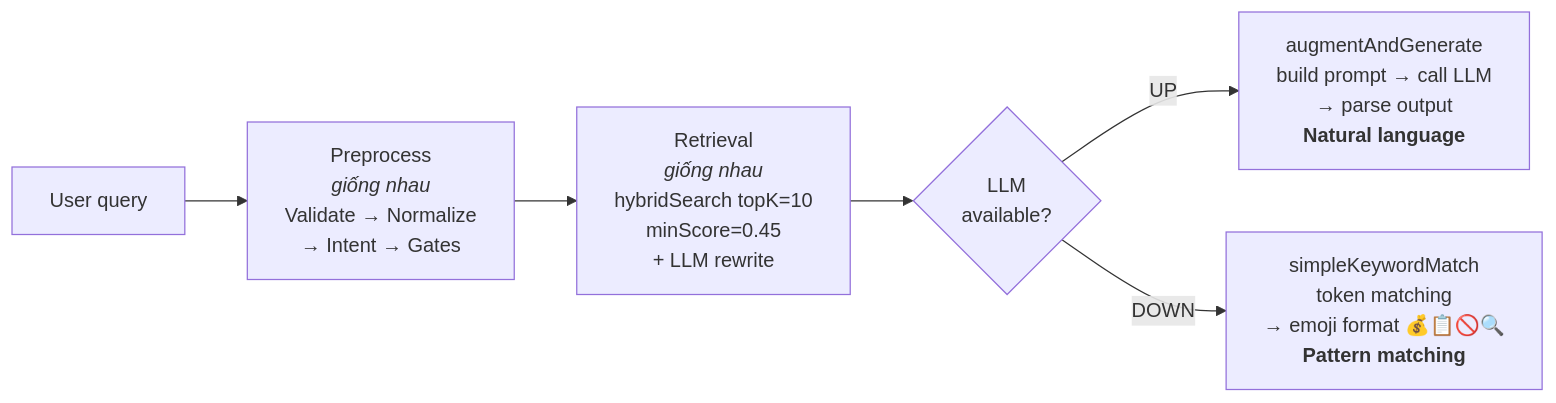
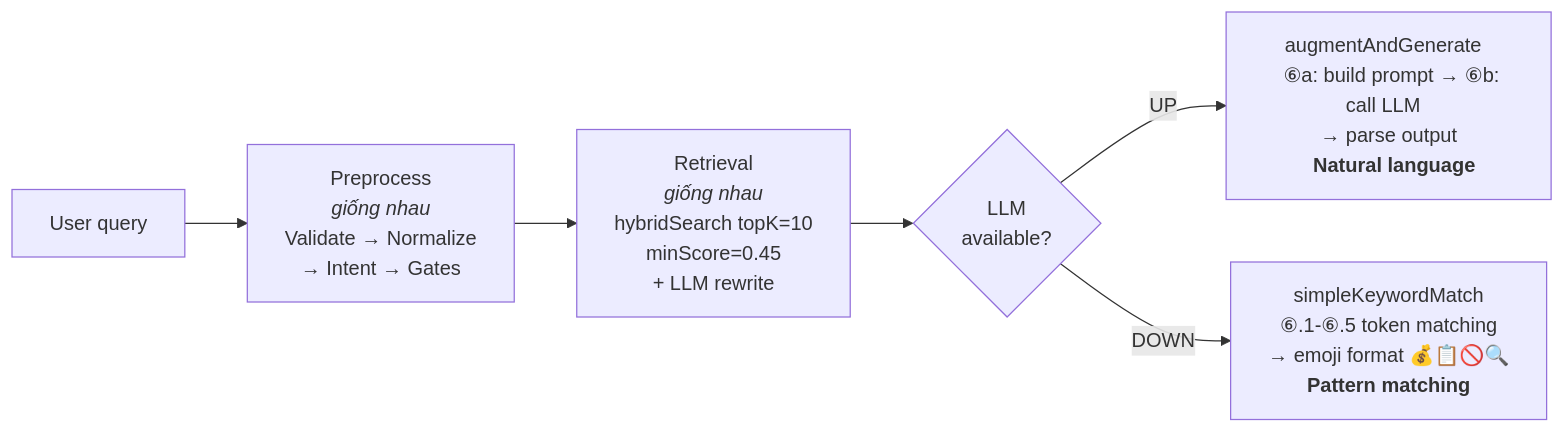
Before and after one commit to MinhThang1009/E-commerce-website: the second of 2 diagrams in backend/RAG_CHATBOT_PIPELINE.md, drawn with Mermaid.

Commit message:
docs(ai): thêm padding cho sơ đồ Mermaid §2.4 (LLM UP vs DOWN)
Cũng thêm ⑥a/⑥b labels vào sơ đồ §2.4 cho nhất quán.

````diff
--- a/backend/RAG_CHATBOT_PIPELINE.md
+++ b/backend/RAG_CHATBOT_PIPELINE.md
@@ -380,8 +380,8 @@
 ```mermaid
 flowchart LR
-    A["User query"] --> B["Preprocess<br/><i>giống nhau</i><br/>Validate → Normalize<br/>→ Intent → Gates"]
-    B --> C["Retrieval<br/><i>giống nhau</i><br/>hybridSearch topK=10<br/>minScore=0.45<br/>+ LLM rewrite"]
-    C --> D{"LLM<br/>available?"}
-    D -->|UP| E["augmentAndGenerate<br/>build prompt → call LLM<br/>→ parse output<br/><b>Natural language</b>"]
-    D -->|DOWN| F["simpleKeywordMatch<br/>token matching<br/>→ emoji format 💰📋🚫🔍<br/><b>Pattern matching</b>"]
+    A["  User query  "] --> B["  Preprocess  <br/>  <i>giống nhau</i>  <br/>  Validate → Normalize  <br/>  → Intent → Gates  "]
+    B --> C["  Retrieval  <br/>  <i>giống nhau</i>  <br/>  hybridSearch topK=10  <br/>  minScore=0.45  <br/>  + LLM rewrite  "]
+    C --> D{"  LLM  <br/>  available?  "}
+    D -->|UP| E["  augmentAndGenerate  <br/>  ⑥a: build prompt → ⑥b: call LLM  <br/>  → parse output  <br/>  <b>Natural language</b>  "]
+    D -->|DOWN| F["  simpleKeywordMatch  <br/>  ⑥.1-⑥.5 token matching  <br/>  → emoji format 💰📋🚫🔍  <br/>  <b>Pattern matching</b>  "]
 ```
````
